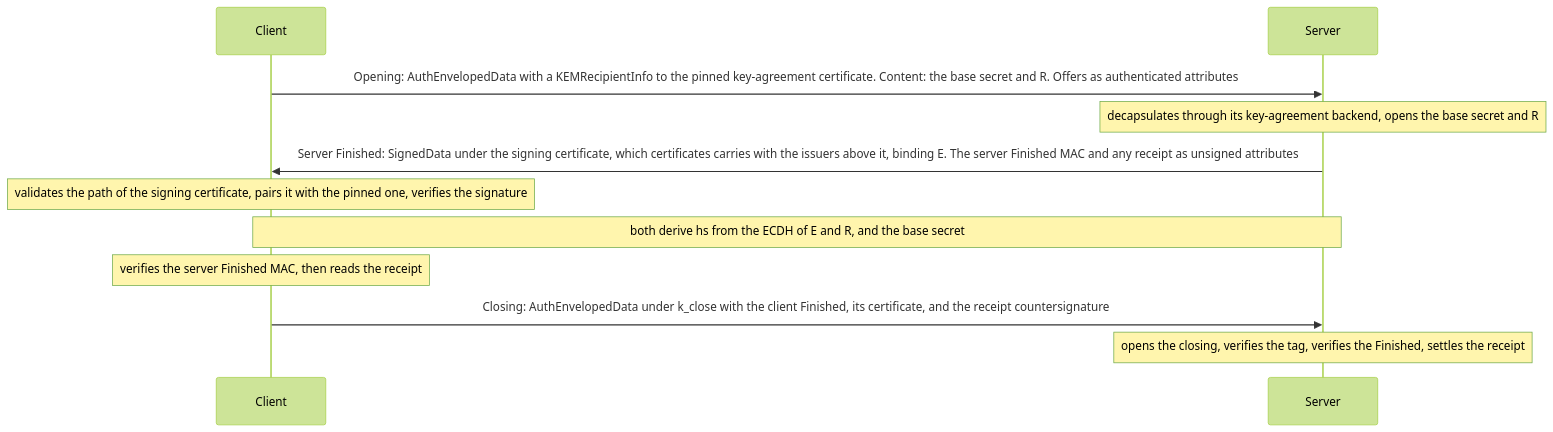
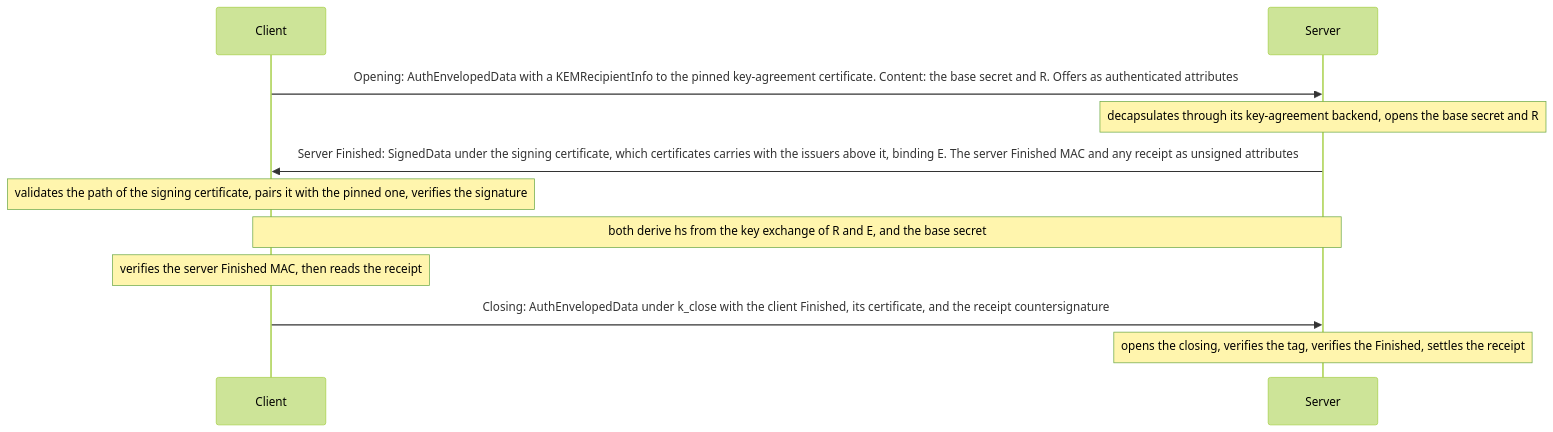
The second of 5 diagrams in docs/handshake.md (wahidgroup/tightbeam), drawn with Mermaid (forest theme) before and after one commit. The commit also changed other lines of this file and 51 other files, not shown here.

Commit message:
feat!: run the handshake and rekey on any key exchange

````diff
--- a/docs/handshake.md
+++ b/docs/handshake.md
@@ -65,13 +65,13 @@
 ```mermaid
 sequenceDiagram
     participant C as Client
     participant S as Server
     C->>S: Opening: AuthEnvelopedData with a KEMRecipientInfo to the pinned key-agreement certificate. Content: the base secret and R. Offers as authenticated attributes
     Note over S: decapsulates through its key-agreement backend, opens the base secret and R
     S->>C: Server Finished: SignedData under the signing certificate, which certificates carries with the issuers above it, binding E. The server Finished MAC and any receipt as unsigned attributes
     Note over C: validates the path of the signing certificate, pairs it with the pinned one, verifies the signature
-    Note over C,S: both derive hs from the ECDH of E and R, and the base secret
+    Note over C,S: both derive hs from the key exchange of R and E, and the base secret
     Note over C: verifies the server Finished MAC, then reads the receipt
     C->>S: Closing: AuthEnvelopedData under k_close with the client Finished, its certificate, and the receipt countersignature
     Note over S: opens the closing, verifies the tag, verifies the Finished, settles the receipt
 ```
````
